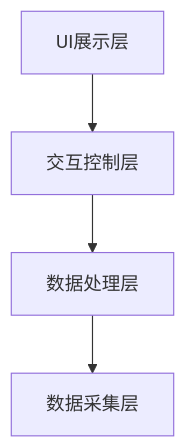
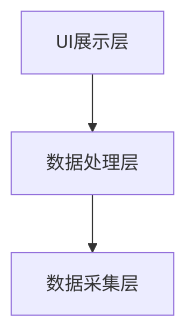
The first of 10 diagrams in ProfilerLayer/图形汇总.md (finalreality/obsidian-vault), drawn with Mermaid before and after one commit. The commit also changed 1 other file, not shown here.

Commit message:
vault backup: 2025-02-27 14:16:29

````diff
--- a/ProfilerLayer/图形汇总.md
+++ b/ProfilerLayer/图形汇总.md
@@ -11,6 +11,5 @@
 ```mermaid
 graph TB
-A[UI展示层] --> B[交互控制层]
-B --> C[数据处理层]
+A[UI展示层] --> C[数据处理层]
 C --> D[数据采集层]
 ```
````
